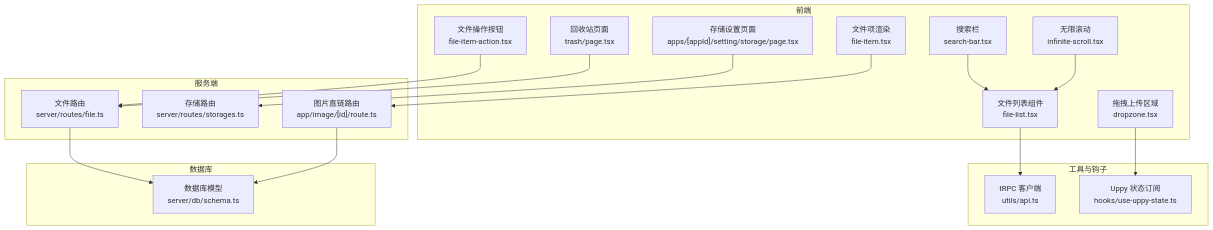
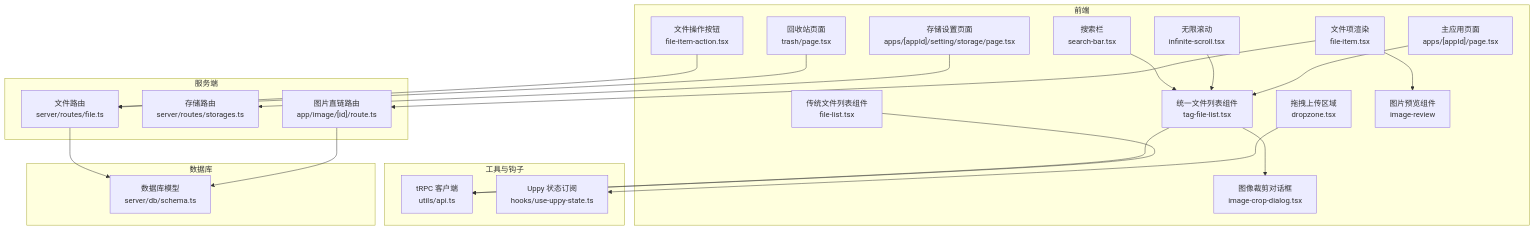
One commit to RadiumAg/image-saas changed the first of 8 diagrams in .qoder/repowiki/zh/content/核心功能模块/文件管理系统/文件管理系统.md. Above: the diagram before and after it, drawn with Mermaid. The commit also changed other lines of this file and 6 other files, not shown here.

````diff
--- a/.qoder/repowiki/zh/content/核心功能模块/文件管理系统/文件管理系统.md
+++ b/.qoder/repowiki/zh/content/核心功能模块/文件管理系统/文件管理系统.md
@@ -44,35 +61,43 @@
 ```mermaid
 graph TB
 subgraph "前端"
-FL["文件列表组件<br/>file-list.tsx"]
+TFL["统一文件列表组件<br/>tag-file-list.tsx"]
+FL["传统文件列表组件<br/>file-list.tsx"]
 DZ["拖拽上传区域<br/>dropzone.tsx"]
 SB["搜索栏<br/>search-bar.tsx"]
 IS["无限滚动<br/>infinite-scroll.tsx"]
 FA["文件操作按钮<br/>file-item-action.tsx"]
 FI["文件项渲染<br/>file-item.tsx"]
+ICD["图像裁剪对话框<br/>image-crop-dialog.tsx"]
+IR["图片预览组件<br/>image-review"]
+APP["主应用页面<br/>apps/[appId]/page.tsx"]
 TS["回收站页面<br/>trash/page.tsx"]
 SS["存储设置页面<br/>apps/[appId]/setting/storage/page.tsx"]
 end
 subgraph "工具与钩子"
 API["tRPC 客户端<br/>utils/api.ts"]
 UU["Uppy 状态订阅<br/>hooks/use-uppy-state.ts"]
 end
 subgraph "服务端"
 RF["文件路由<br/>server/routes/file.ts"]
 RS["存储路由<br/>server/routes/storages.ts"]
 IMG["图片直链路由<br/>app/image/[id]/route.ts"]
 end
 subgraph "数据库"
 SCHEMA["数据库模型<br/>server/db/schema.ts"]
 end
 DZ --> UU
+TFL --> API
+TFL --> ICD
 FL --> API
-SB --> FL
-IS --> FL
+SB --> TFL
+IS --> TFL
 FA --> RF
+FI --> IR
 FI --> IMG
 TS --> RF
 SS --> RS
 RF --> SCHEMA
 IMG --> SCHEMA
+APP --> TFL
 ```
````
